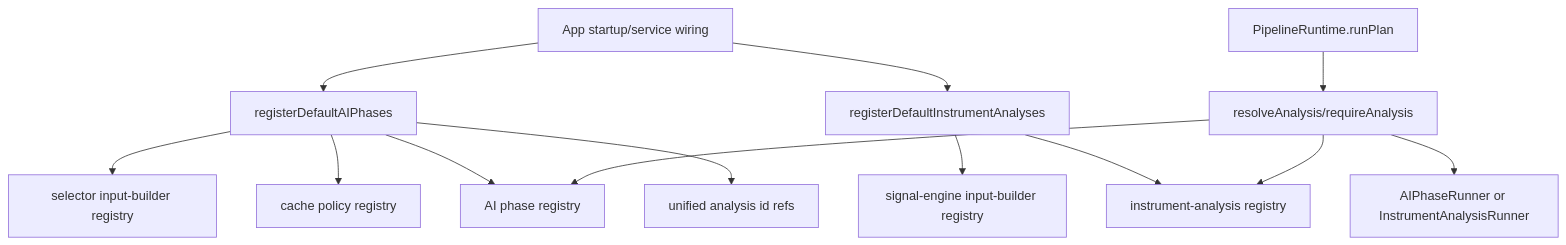
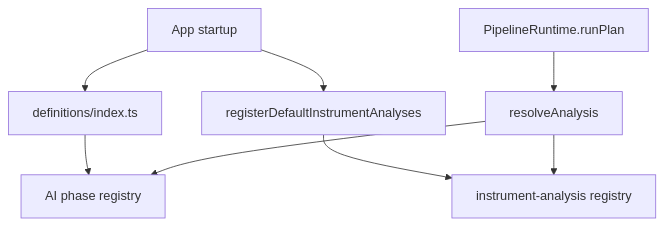
Before and after one commit to KennethAtchon/Exva: the diagram in electron/main/services/pipeline/implementations/registry/README.md, drawn with Mermaid. The commit also changed other lines of this file and 58 other files, not shown here.

First line of the commit message:
Refactor pipeline architecture and enhance phase definitions

````diff
--- a/electron/main/services/pipeline/implementations/registry/README.md
+++ b/electron/main/services/pipeline/implementations/registry/README.md
@@ -19,18 +15,10 @@
 ```mermaid
 flowchart TD
-    Startup[App startup/service wiring] --> RegisterPhases[registerDefaultAIPhases]
+    Startup[App startup] --> RegisterPhases[definitions/index.ts]
     Startup --> RegisterAnalyses[registerDefaultInstrumentAnalyses]
-
-    RegisterPhases --> SelectorInputs[selector input-builder registry]
-    RegisterPhases --> CachePolicies[cache policy registry]
     RegisterPhases --> PhaseRegistry[AI phase registry]
-    RegisterPhases --> UnifiedRefs[unified analysis id refs]
-
-    RegisterAnalyses --> EngineInputs[signal-engine input-builder registry]
     RegisterAnalyses --> AnalysisRegistry[instrument-analysis registry]
-
-    Runtime[PipelineRuntime.runPlan] --> Resolver[resolveAnalysis/requireAnalysis]
+    Runtime[PipelineRuntime.runPlan] --> Resolver[resolveAnalysis]
     Resolver --> PhaseRegistry
     Resolver --> AnalysisRegistry
-    Resolver --> Dispatcher[AIPhaseRunner or InstrumentAnalysisRunner]
 ```
````
